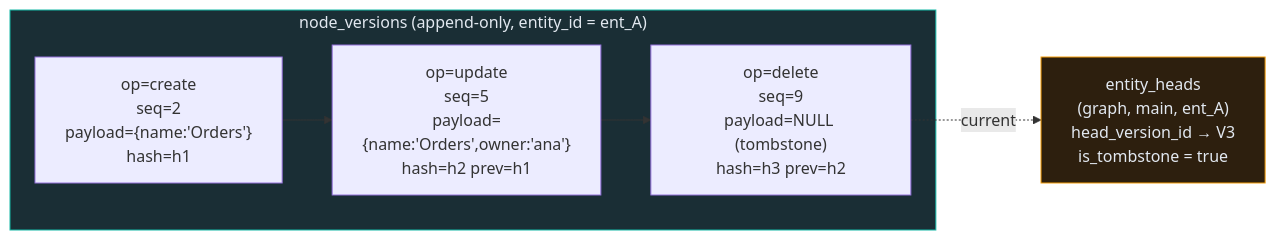
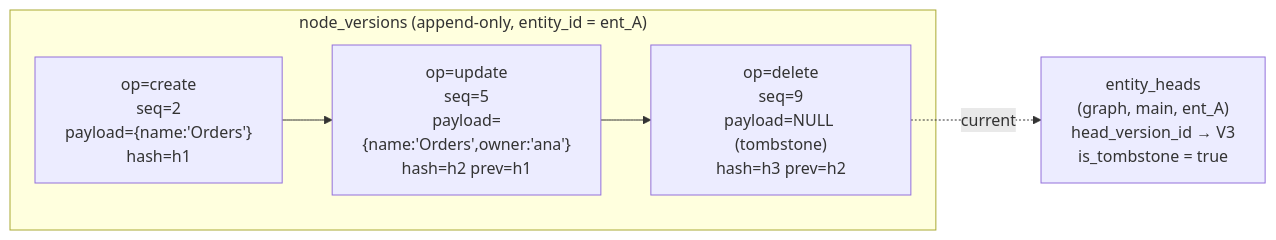
One commit to rkrumins/dataviz changed the second of 3 diagrams in docs/versioning/02-data-model.md. Above: the diagram before and after it, drawn with Mermaid. The commit also changed other lines of this file and 46 other files, not shown here.

````diff
--- a/docs/versioning/02-data-model.md
+++ b/docs/versioning/02-data-model.md
@@ -301,14 +301,12 @@
 ```mermaid
 graph LR
     subgraph NV["node_versions (append-only, entity_id = ent_A)"]
         V1["op=create<br/>seq=2<br/>payload={name:'Orders'}<br/>hash=h1"]
         V2["op=update<br/>seq=5<br/>payload={name:'Orders',owner:'ana'}<br/>hash=h2 prev=h1"]
         V3["op=delete<br/>seq=9<br/>payload=NULL (tombstone)<br/>hash=h3 prev=h2"]
         V1 --> V2 --> V3
     end
     HEAD["entity_heads<br/>(graph, main, ent_A)<br/>head_version_id → V3<br/>is_tombstone = true"]
     V3 -. current .-> HEAD
 
-    style NV fill:#1a2e35,stroke:#14b8a6,color:#e2e8f0
-    style HEAD fill:#2d1f0e,stroke:#f59e0b,color:#e2e8f0
 ```
````
